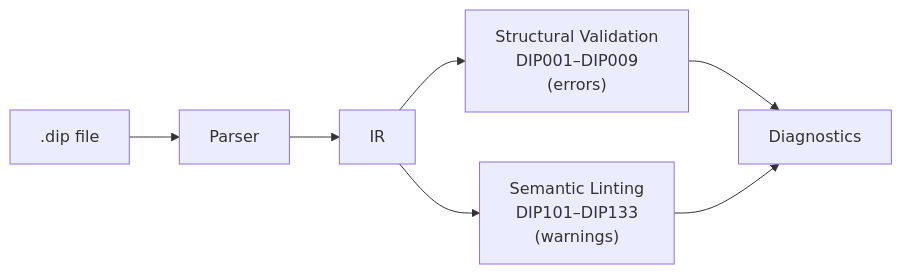
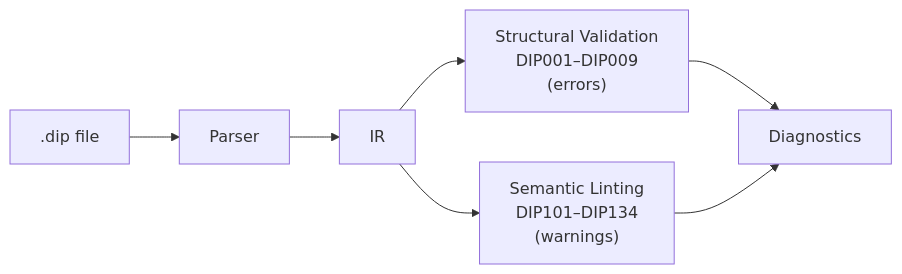
Before and after one commit to michellepellon/dippin-lang: the diagram in docs/validation.md, drawn with Mermaid. The commit also changed other lines of this file and 5 other files, not shown here.

````diff
--- a/docs/validation.md
+++ b/docs/validation.md
@@ -10,9 +10,9 @@
 ```mermaid
 graph LR
     SRC[".dip file"] --> PARSE["Parser"]
     PARSE --> IR["IR"]
     IR --> VAL["Structural Validation<br>DIP001–DIP009<br>(errors)"]
-    IR --> LINT["Semantic Linting<br>DIP101–DIP133<br>(warnings)"]
+    IR --> LINT["Semantic Linting<br>DIP101–DIP134<br>(warnings)"]
     VAL --> DIAG["Diagnostics"]
     LINT --> DIAG
 ```
````
